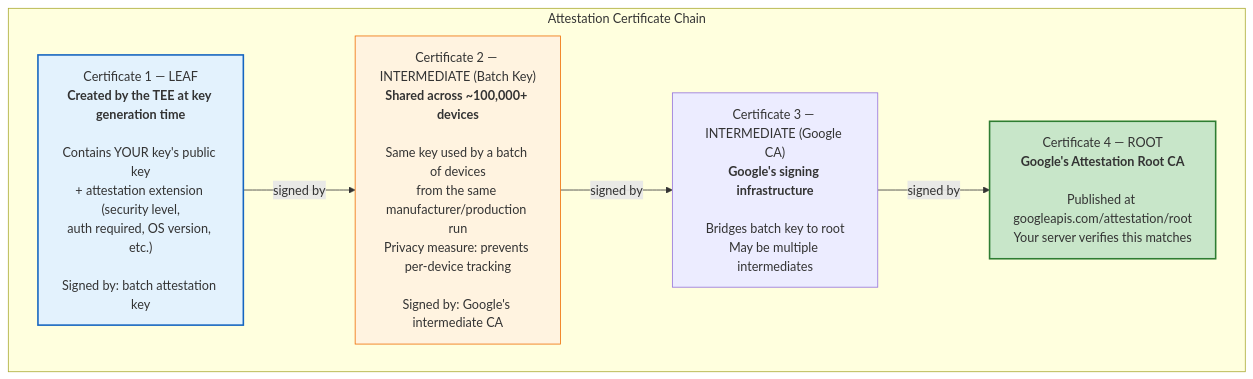
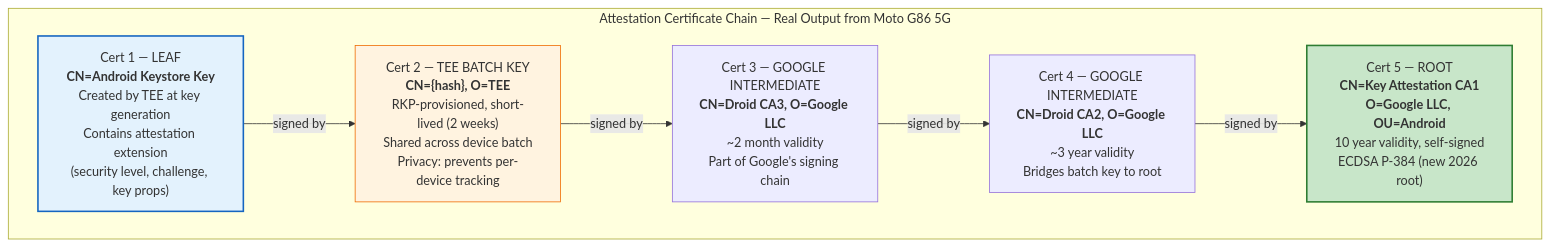
One commit to TorinKS/android-keystore changed the first of 7 diagrams in docs/KEY_ATTESTATION_CHAIN_AND_BACKENDS.md. Above: the diagram before and after it, drawn with Mermaid. The commit also changed other lines of this file and 6 other files, not shown here.

First line of the commit message:
Fix attestation docs against real Moto G86 5G test results

````diff
--- a/docs/KEY_ATTESTATION_CHAIN_AND_BACKENDS.md
+++ b/docs/KEY_ATTESTATION_CHAIN_AND_BACKENDS.md
@@ -13,20 +13,23 @@
 ```mermaid
 graph TD
-    subgraph chain["Attestation Certificate Chain"]
-        LEAF["Certificate 1 — LEAF<br/><b>Created by the TEE at key generation time</b><br/><br/>Contains YOUR key's public key<br/>+ attestation extension (security level,<br/>auth required, OS version, etc.)<br/><br/>Signed by: batch attestation key"]
+    subgraph chain["Attestation Certificate Chain — Real Output from Moto G86 5G"]
+        LEAF["Cert 1 — LEAF<br/><b>CN=Android Keystore Key</b><br/>Created by TEE at key generation<br/>Contains attestation extension<br/>(security level, challenge, key props)"]
 
-        BATCH["Certificate 2 — INTERMEDIATE (Batch Key)<br/><b>Shared across ~100,000+ devices</b><br/><br/>Same key used by a batch of devices<br/>from the same manufacturer/production run<br/>Privacy measure: prevents per-device tracking<br/><br/>Signed by: Google's intermediate CA"]
+        BATCH["Cert 2 — TEE BATCH KEY<br/><b>CN={hash}, O=TEE</b><br/>RKP-provisioned, short-lived (2 weeks)<br/>Shared across device batch<br/>Privacy: prevents per-device tracking"]
 
-        INTER["Certificate 3 — INTERMEDIATE (Google CA)<br/><b>Google's signing infrastructure</b><br/><br/>Bridges batch key to root<br/>May be multiple intermediates"]
+        CA3["Cert 3 — GOOGLE INTERMEDIATE<br/><b>CN=Droid CA3, O=Google LLC</b><br/>~2 month validity<br/>Part of Google's signing chain"]
 
-        ROOT["Certificate 4 — ROOT<br/><b>Google's Attestation Root CA</b><br/><br/>Published at googleapis.com/attestation/root<br/>Your server verifies this matches"]
+        CA2["Cert 4 — GOOGLE INTERMEDIATE<br/><b>CN=Droid CA2, O=Google LLC</b><br/>~3 year validity<br/>Bridges batch key to root"]
+
+        ROOT["Cert 5 — ROOT<br/><b>CN=Key Attestation CA1</b><br/><b>O=Google LLC, OU=Android</b><br/>10 year validity, self-signed<br/>ECDSA P-384 (new 2026 root)"]
     end
 
     LEAF -->|"signed by"| BATCH
-    BATCH -->|"signed by"| INTER
-    INTER -->|"signed by"| ROOT
+    BATCH -->|"signed by"| CA3
+    CA3 -->|"signed by"| CA2
+    CA2 -->|"signed by"| ROOT
 
     style LEAF fill:#e3f2fd,stroke:#1565c0,stroke-width:2px
     style BATCH fill:#fff3e0,stroke:#ef6c00
     style ROOT fill:#c8e6c9,stroke:#2e7d32,stroke-width:2px
 ```
````
